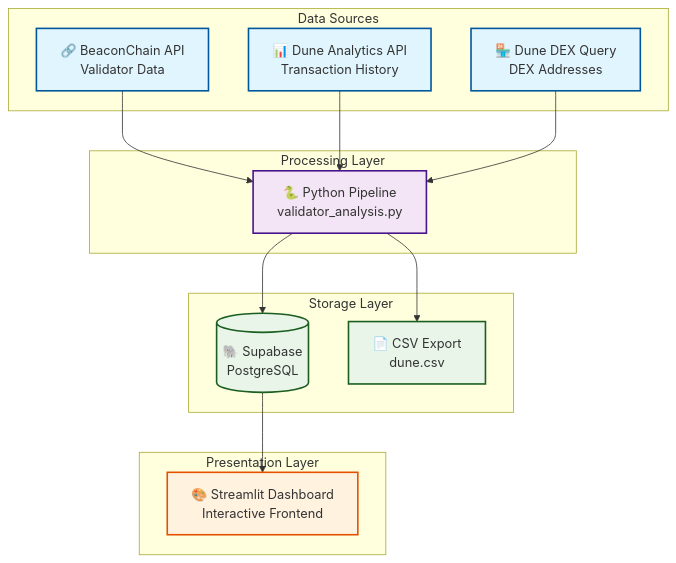
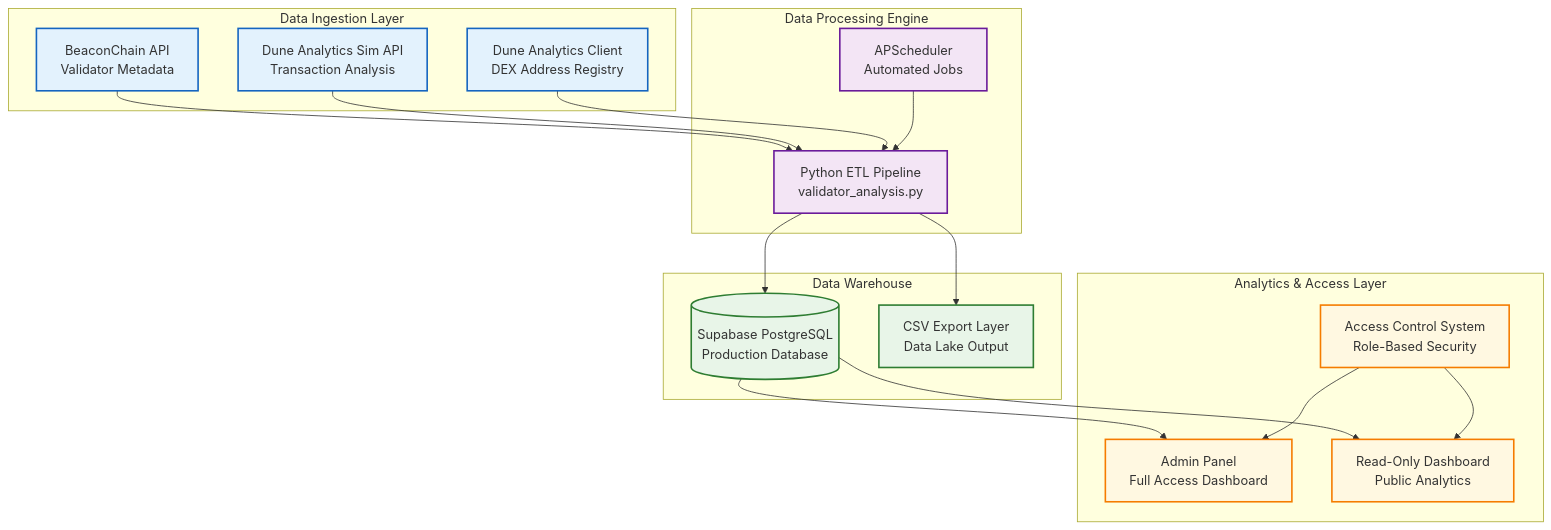
The diagram in readme.md (romaingromaing/eth-validator-datapoint), drawn with Mermaid before and after one commit. The commit also changed other lines of this file, not shown here.

````diff
--- a/readme.md
+++ b/readme.md
@@ -8,38 +8,45 @@
 ```mermaid
 graph TB
-    subgraph "Data Sources"
-        BC[🔗 BeaconChain API<br/>Validator Data]
-        DA[📊 Dune Analytics API<br/>Transaction History]
-        DEX[🏪 Dune DEX Query<br/>DEX Addresses]
+    subgraph "Data Ingestion Layer"
+        BC[BeaconChain API<br/>Validator Metadata]
+        DA[Dune Analytics Sim API<br/>Transaction Analysis]
+        DEX[Dune Analytics Client<br/>DEX Address Registry]
     end
     
-    subgraph "Processing Layer"
-        PS[🐍 Python Pipeline<br/>validator_analysis.py]
+    subgraph "Data Processing Engine"
+        PS[Python ETL Pipeline<br/>validator_analysis.py]
+        SCH[APScheduler<br/>Automated Jobs]
     end
     
-    subgraph "Storage Layer"
-        PG[(🐘 Supabase<br/>PostgreSQL)]
-        CSV[📄 CSV Export<br/>dune.csv]
+    subgraph "Data Warehouse"
+        PG[(Supabase PostgreSQL<br/>Production Database)]
+        CSV[CSV Export Layer<br/>Data Lake Output]
     end
     
-    subgraph "Presentation Layer"
-        ST[🎨 Streamlit Dashboard<br/>Interactive Frontend]
+    subgraph "Analytics & Access Layer"
+        ADMIN[Admin Panel<br/>Full Access Dashboard]
+        READ[Read-Only Dashboard<br/>Public Analytics]
+        AUTH[Access Control System<br/>Role-Based Security]
     end
     
     BC --> PS
     DA --> PS
     DEX --> PS
+    SCH --> PS
     PS --> PG
     PS --> CSV
-    PG --> ST
+    PG --> ADMIN
+    PG --> READ
+    AUTH --> ADMIN
+    AUTH --> READ
     
-    classDef api fill:#e1f5fe,stroke:#01579b,stroke-width:2px
-    classDef processing fill:#f3e5f5,stroke:#4a148c,stroke-width:2px
-    classDef storage fill:#e8f5e8,stroke:#1b5e20,stroke-width:2px
-    classDef frontend fill:#fff3e0,stroke:#e65100,stroke-width:2px
+    classDef ingestion fill:#e3f2fd,stroke:#1565c0,stroke-width:2px
+    classDef processing fill:#f3e5f5,stroke:#6a1b9a,stroke-width:2px
+    classDef storage fill:#e8f5e8,stroke:#2e7d32,stroke-width:2px
+    classDef frontend fill:#fff8e1,stroke:#f57c00,stroke-width:2px
     
-    class BC,DA,DEX api
-    class PS processing
+    class BC,DA,DEX ingestion
+    class PS,SCH processing
     class PG,CSV storage
-    class ST frontend
+    class ADMIN,READ,AUTH frontend
 ```
````
